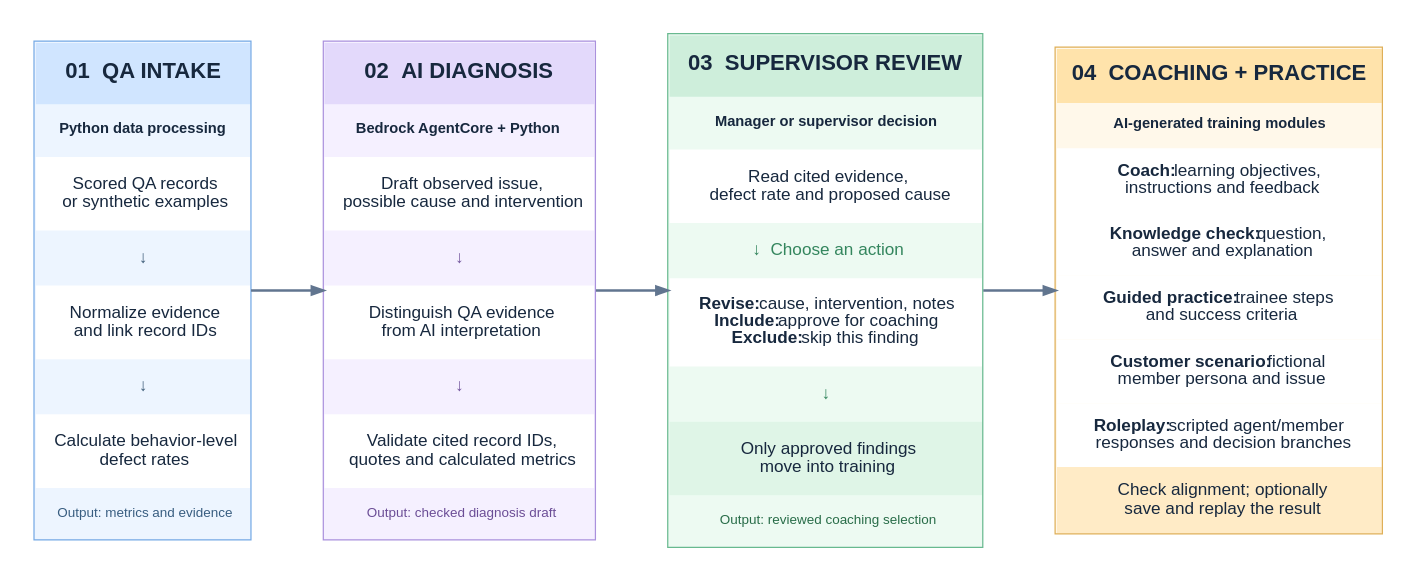
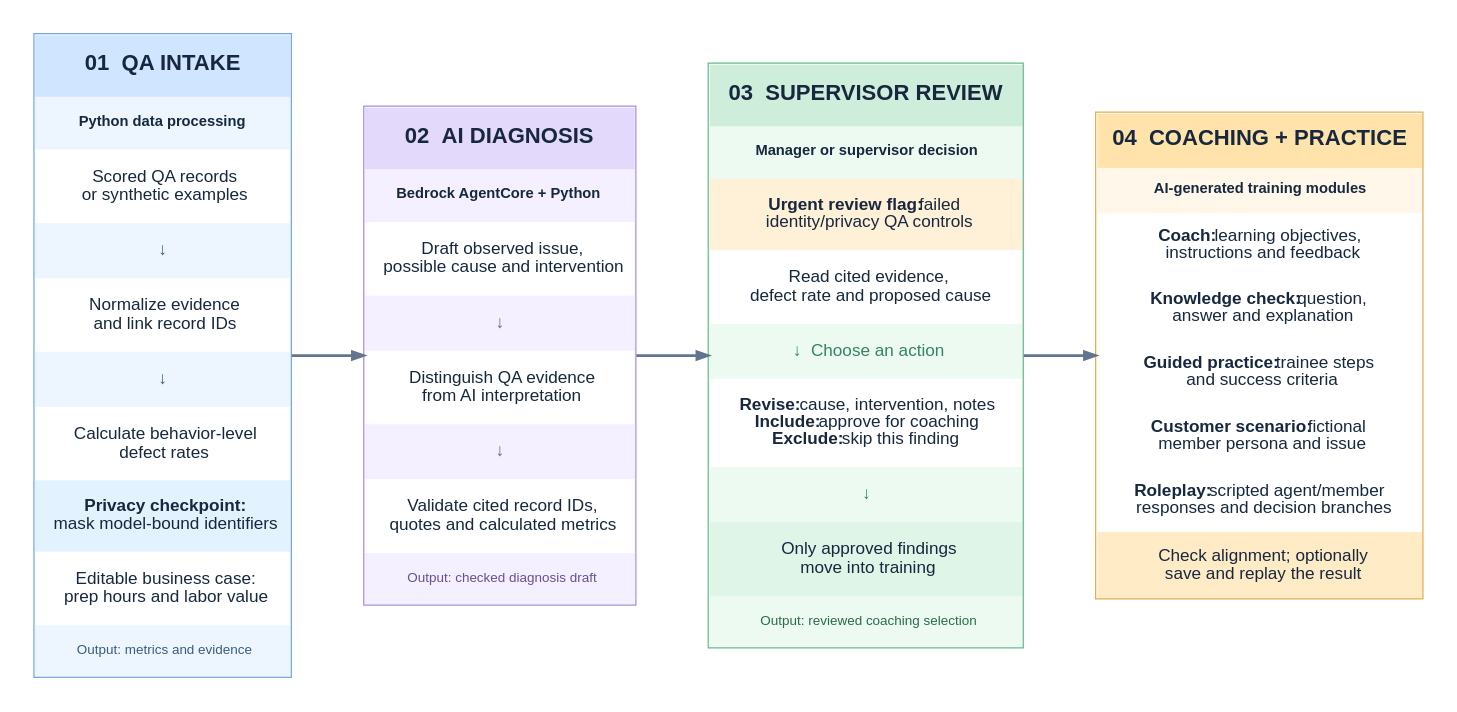
Before and after one commit to BeazerJobs-USA/ResultsCX-Amazon-AWS-AI-Competition-2026: the diagram in docs/architecture-flow.dot, drawn with Graphviz. The commit also changed 13 other files, not shown here.

First line of the commit message:
feat: add privacy checkpoint, compliance flags, and impact calculator

```diff
--- a/docs/architecture-flow.dot
+++ b/docs/architecture-flow.dot
@@ -1,66 +1,69 @@
 digraph AgentQA {
   graph [
     rankdir=LR,
     bgcolor="white",
     pad="0.28",
     nodesep="0.48",
     ranksep="0.82",
     splines=polyline
   ];
   node [shape=plain, fontname="Arial", fontcolor="#17283E"];
   edge [color="#61758F", penwidth=2.2, arrowsize=0.9];
 
   qa [label=<
     <TABLE BORDER="1" COLOR="#75A9E5" CELLBORDER="0" CELLSPACING="0" CELLPADDING="15" BGCOLOR="#EDF5FF">
       <TR><TD BGCOLOR="#D0E5FF"><FONT FACE="Arial" POINT-SIZE="18"><B>01  QA INTAKE</B></FONT></TD></TR>
       <TR><TD><FONT FACE="Arial" POINT-SIZE="12"><B>Python data processing</B></FONT></TD></TR>
       <TR><TD BGCOLOR="#FFFFFF"><FONT FACE="Arial">Scored QA records<BR/>or synthetic examples</FONT></TD></TR>
       <TR><TD><FONT FACE="Arial" COLOR="#42607C">↓</FONT></TD></TR>
       <TR><TD BGCOLOR="#FFFFFF"><FONT FACE="Arial">Normalize evidence<BR/>and link record IDs</FONT></TD></TR>
       <TR><TD><FONT FACE="Arial" COLOR="#42607C">↓</FONT></TD></TR>
       <TR><TD BGCOLOR="#FFFFFF"><FONT FACE="Arial">Calculate behavior-level<BR/>defect rates</FONT></TD></TR>
+      <TR><TD BGCOLOR="#E2F3FF"><FONT FACE="Arial"><B>Privacy checkpoint:</B><BR/>mask model-bound identifiers</FONT></TD></TR>
+      <TR><TD BGCOLOR="#FFFFFF"><FONT FACE="Arial">Editable business case:<BR/>prep hours and labor value</FONT></TD></TR>
       <TR><TD><FONT FACE="Arial" POINT-SIZE="11" COLOR="#385D80">Output: metrics and evidence</FONT></TD></TR>
     </TABLE>
   >];
 
   diagnosis [label=<
     <TABLE BORDER="1" COLOR="#AA91DD" CELLBORDER="0" CELLSPACING="0" CELLPADDING="15" BGCOLOR="#F5F0FF">
       <TR><TD BGCOLOR="#E3D9FB"><FONT FACE="Arial" POINT-SIZE="18"><B>02  AI DIAGNOSIS</B></FONT></TD></TR>
       <TR><TD><FONT FACE="Arial" POINT-SIZE="12"><B>Bedrock AgentCore + Python</B></FONT></TD></TR>
       <TR><TD BGCOLOR="#FFFFFF"><FONT FACE="Arial">Draft observed issue,<BR/>possible cause and intervention</FONT></TD></TR>
       <TR><TD><FONT FACE="Arial" COLOR="#765AA0">↓</FONT></TD></TR>
       <TR><TD BGCOLOR="#FFFFFF"><FONT FACE="Arial">Distinguish QA evidence<BR/>from AI interpretation</FONT></TD></TR>
       <TR><TD><FONT FACE="Arial" COLOR="#765AA0">↓</FONT></TD></TR>
       <TR><TD BGCOLOR="#FFFFFF"><FONT FACE="Arial">Validate cited record IDs,<BR/>quotes and calculated metrics</FONT></TD></TR>
       <TR><TD><FONT FACE="Arial" POINT-SIZE="11" COLOR="#6B4D96">Output: checked diagnosis draft</FONT></TD></TR>
     </TABLE>
   >];
 
   review [label=<
     <TABLE BORDER="1" COLOR="#68B98F" CELLBORDER="0" CELLSPACING="0" CELLPADDING="15" BGCOLOR="#EDFAF2">
       <TR><TD BGCOLOR="#CEEEDB"><FONT FACE="Arial" POINT-SIZE="18"><B>03  SUPERVISOR REVIEW</B></FONT></TD></TR>
       <TR><TD><FONT FACE="Arial" POINT-SIZE="12"><B>Manager or supervisor decision</B></FONT></TD></TR>
+      <TR><TD BGCOLOR="#FFF0D8"><FONT FACE="Arial"><B>Urgent review flag:</B> failed<BR/>identity/privacy QA controls</FONT></TD></TR>
       <TR><TD BGCOLOR="#FFFFFF"><FONT FACE="Arial">Read cited evidence,<BR/>defect rate and proposed cause</FONT></TD></TR>
       <TR><TD><FONT FACE="Arial" COLOR="#34865E">↓  Choose an action</FONT></TD></TR>
       <TR><TD BGCOLOR="#FFFFFF"><FONT FACE="Arial"><B>Revise:</B> cause, intervention, notes<BR/><B>Include:</B> approve for coaching<BR/><B>Exclude:</B> skip this finding</FONT></TD></TR>
       <TR><TD><FONT FACE="Arial" COLOR="#34865E">↓</FONT></TD></TR>
       <TR><TD BGCOLOR="#DFF5E7"><FONT FACE="Arial">Only approved findings<BR/>move into training</FONT></TD></TR>
       <TR><TD><FONT FACE="Arial" POINT-SIZE="11" COLOR="#286C48">Output: reviewed coaching selection</FONT></TD></TR>
     </TABLE>
   >];
 
   coaching [label=<
     <TABLE BORDER="1" COLOR="#DFAF57" CELLBORDER="0" CELLSPACING="0" CELLPADDING="12" BGCOLOR="#FFF8EA">
       <TR><TD BGCOLOR="#FFE3AB"><FONT FACE="Arial" POINT-SIZE="18"><B>04  COACHING + PRACTICE</B></FONT></TD></TR>
       <TR><TD><FONT FACE="Arial" POINT-SIZE="12"><B>AI-generated training modules</B></FONT></TD></TR>
       <TR><TD BGCOLOR="#FFFFFF"><FONT FACE="Arial"><B>Coach:</B> learning objectives,<BR/>instructions and feedback</FONT></TD></TR>
       <TR><TD BGCOLOR="#FFFFFF"><FONT FACE="Arial"><B>Knowledge check:</B> question,<BR/>answer and explanation</FONT></TD></TR>
       <TR><TD BGCOLOR="#FFFFFF"><FONT FACE="Arial"><B>Guided practice:</B> trainee steps<BR/>and success criteria</FONT></TD></TR>
       <TR><TD BGCOLOR="#FFFFFF"><FONT FACE="Arial"><B>Customer scenario:</B> fictional<BR/>member persona and issue</FONT></TD></TR>
       <TR><TD BGCOLOR="#FFFFFF"><FONT FACE="Arial"><B>Roleplay:</B> scripted agent/member<BR/>responses and decision branches</FONT></TD></TR>
       <TR><TD BGCOLOR="#FFEBC6"><FONT FACE="Arial">Check alignment; optionally<BR/>save and replay the result</FONT></TD></TR>
     </TABLE>
   >];
 
   qa -> diagnosis -> review -> coaching;
 }
```
